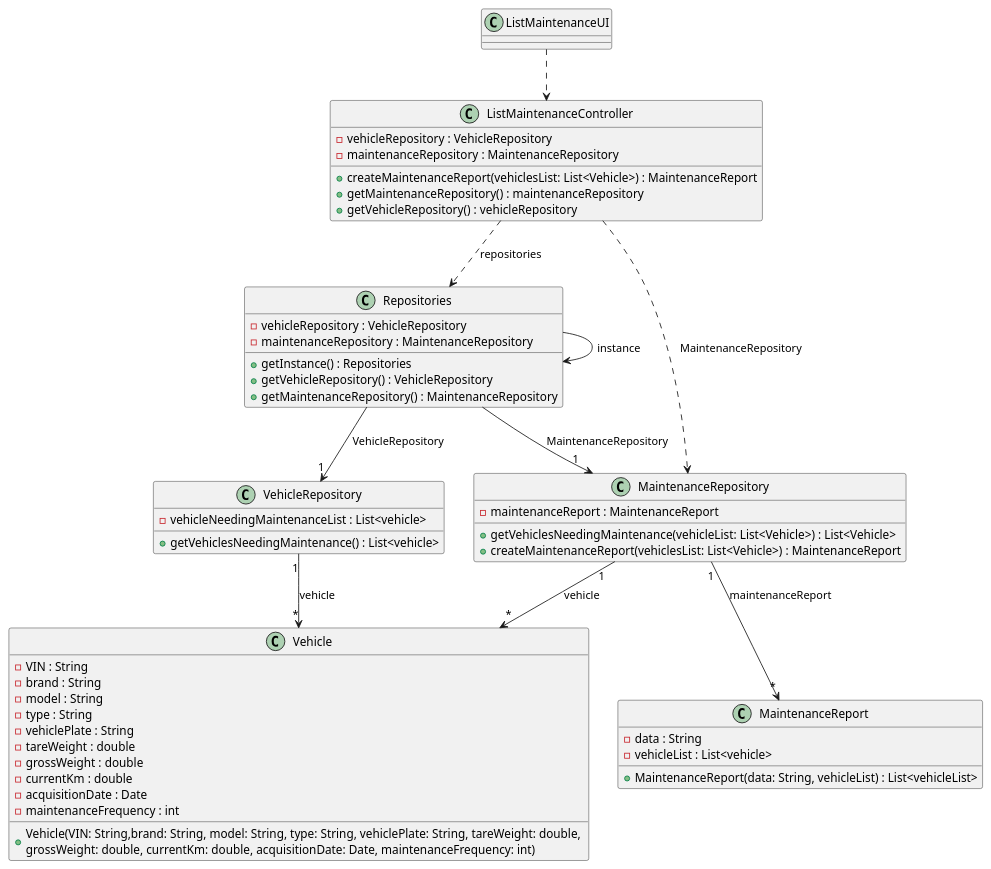
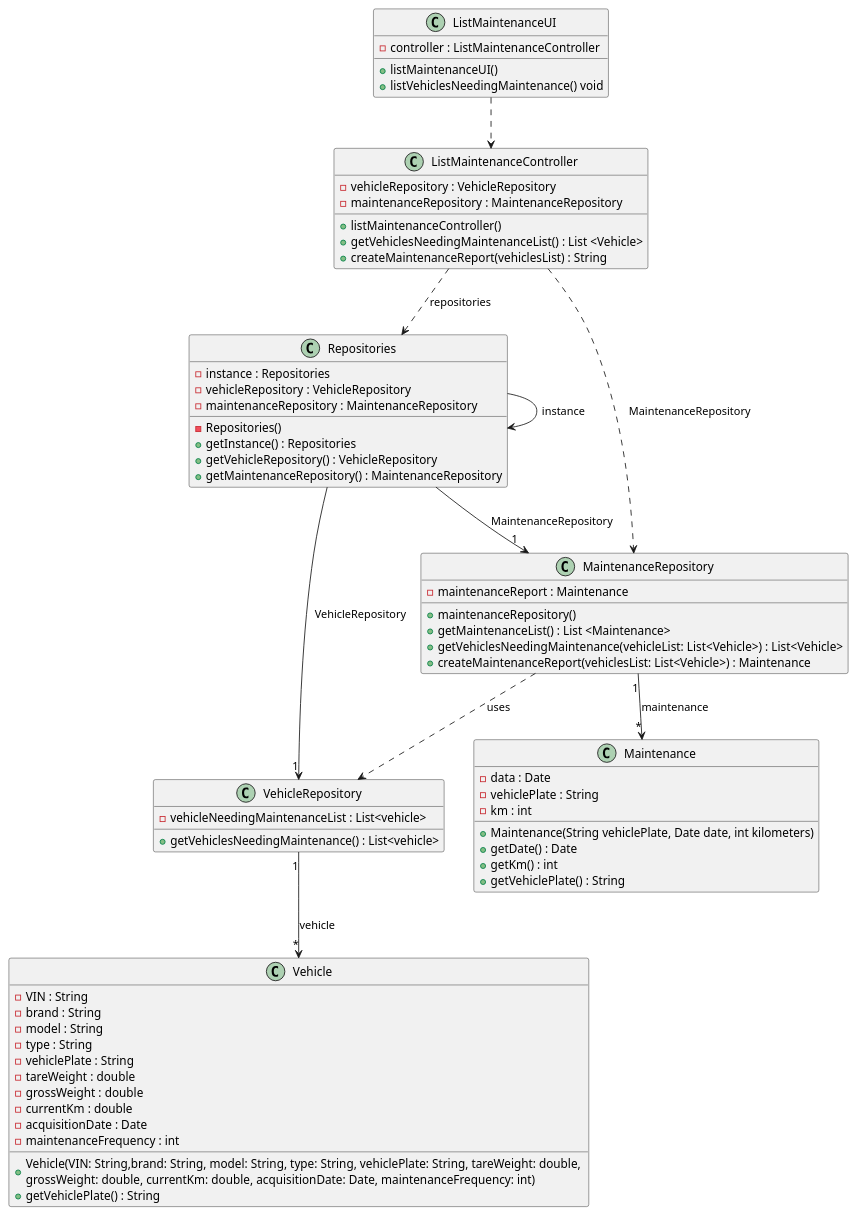
Before and after one commit to ricardomm7/leaflink: the diagram in docs/sprintB/us008/03.design/puml/us008-class-diagram.puml, drawn with PlantUML. The commit also changed 10 other files, not shown here.

Commit message:
Refactor ListMaintenanceController and RegisterVehicleController for clarity and consistency; update sequence diagrams to reflect changes

```diff
--- a/docs/sprintB/us008/03.design/puml/us008-class-diagram.puml
+++ b/docs/sprintB/us008/03.design/puml/us008-class-diagram.puml
@@ -1,77 +1,95 @@
 @startuml
 skinparam packageStyle rectangle
 skinparam shadowing false
 skinparam line type polyline
 
 class ListMaintenanceUI{
+    - controller : ListMaintenanceController
+    + listMaintenanceUI()
+    + listVehiclesNeedingMaintenance() void
 }
 
 class ListMaintenanceController {
     - vehicleRepository : VehicleRepository
     - maintenanceRepository : MaintenanceRepository
 
-
-    + createMaintenanceReport(vehiclesList: List<Vehicle>) : MaintenanceReport
-    + getMaintenanceRepository() : maintenanceRepository
-    + getVehicleRepository() : vehicleRepository
+    + listMaintenanceController()
+    + getVehiclesNeedingMaintenanceList() : List <Vehicle>
+    + createMaintenanceReport(vehiclesList) : String
 }
 
 class Repositories {
-    - vehicleRepository : VehicleRepository
-    - maintenanceRepository : MaintenanceRepository
+        - instance : Repositories
+        - vehicleRepository : VehicleRepository
+        - maintenanceRepository : MaintenanceRepository
 
-    + getInstance() : Repositories
-    + getVehicleRepository() : VehicleRepository
-    + getMaintenanceRepository() : MaintenanceRepository
+        - Repositories()
+        + getInstance() : Repositories
+        + getVehicleRepository() : VehicleRepository
+        + getMaintenanceRepository() : MaintenanceRepository
 }
 
 class VehicleRepository {
     - vehicleNeedingMaintenanceList : List<vehicle>
 
     + getVehiclesNeedingMaintenance() : List<vehicle>
 
 }
 
 class MaintenanceRepository {
-    - maintenanceReport : MaintenanceReport
+    - maintenanceReport : Maintenance
 
+    + maintenanceRepository()
+    + getMaintenanceList() : List <Maintenance>
     + getVehiclesNeedingMaintenance(vehicleList: List<Vehicle>) : List<Vehicle>
-    + createMaintenanceReport(vehiclesList: List<Vehicle>) : MaintenanceReport
+    + createMaintenanceReport(vehiclesList: List<Vehicle>) : Maintenance
 }
 
 class Vehicle {
      - VIN : String
      - brand : String
      - model : String
      - type : String
      - vehiclePlate : String
      - tareWeight : double
      - grossWeight : double
      - currentKm : double
      - acquisitionDate : Date
      - maintenanceFrequency : int
 
     + Vehicle(VIN: String,brand: String, model: String, type: String, vehiclePlate: String, tareWeight: double, \ngrossWeight: double, currentKm: double, acquisitionDate: Date, maintenanceFrequency: int)
+    + getVehiclePlate() : String
 }
 
 
 
-class MaintenanceReport {
-    - data : String
-    - vehicleList : List<vehicle>
+class Maintenance {
+    - data : Date
+    - vehiclePlate : String
+    - km : int
 
-    + MaintenanceReport(data: String, vehicleList) : List<vehicleList>
-
+    + Maintenance(String vehiclePlate, Date date, int kilometers)
+    + getDate() : Date
+    + getKm() : int
+    + getVehiclePlate() : String
 }
 
 ListMaintenanceUI ..> ListMaintenanceController
+
 ListMaintenanceController ..> Repositories: repositories
+
 Repositories --> Repositories: instance
+
 ListMaintenanceController ..> MaintenanceRepository: MaintenanceRepository
+
 Repositories --> "1"VehicleRepository: VehicleRepository
+
 Repositories --> "1"MaintenanceRepository: MaintenanceRepository
+
 VehicleRepository "1"--> "*"Vehicle: vehicle
-MaintenanceRepository "1"--> "*"Vehicle: vehicle
-MaintenanceRepository "1"-->"*" MaintenanceReport: maintenanceReport
+
+MaintenanceRepository  ..>  VehicleRepository: uses
+
+MaintenanceRepository "1"-->"*" Maintenance: maintenance
 }
 @enduml
```
